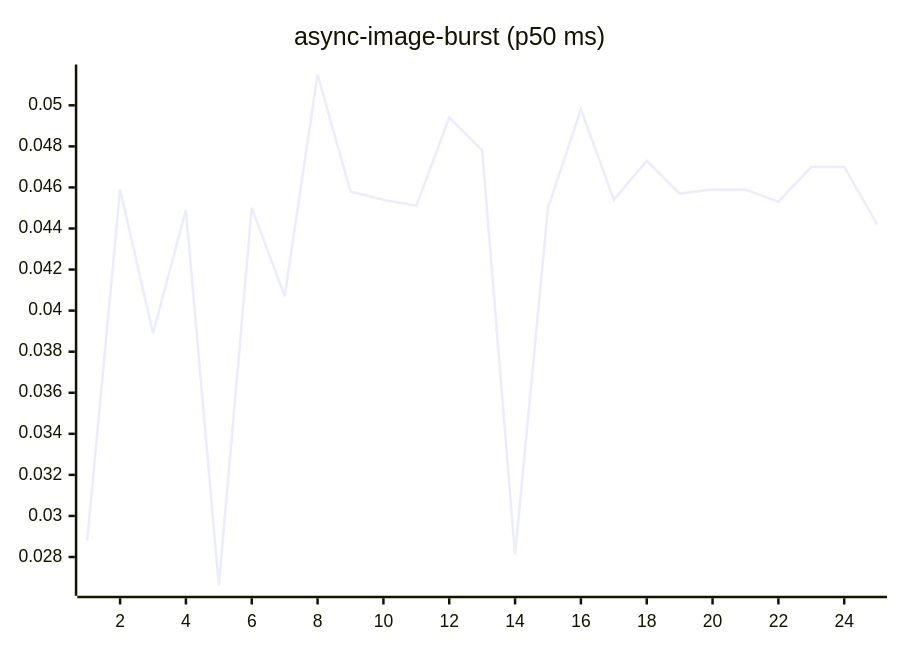
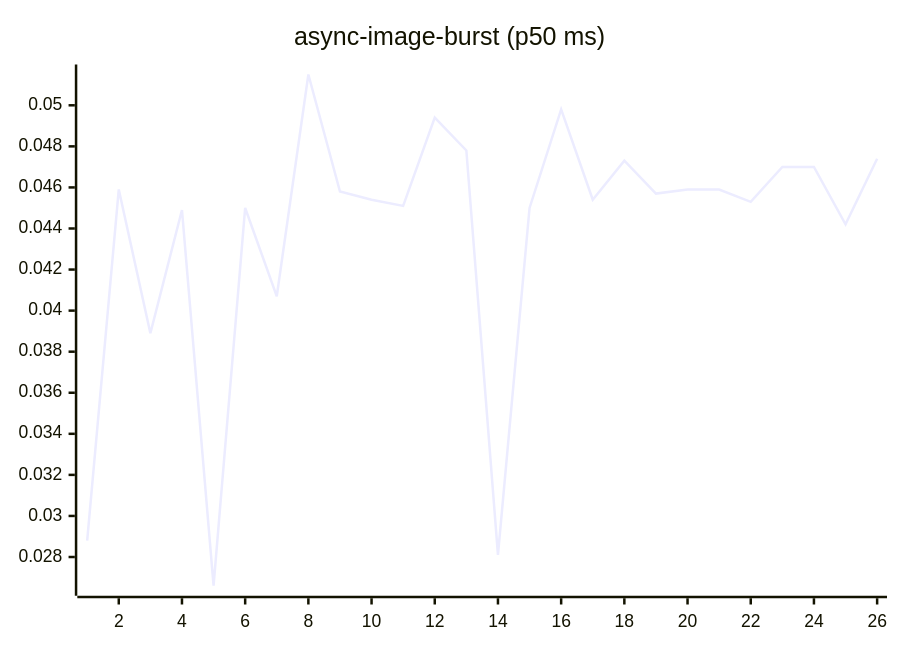
One commit to josha/Facet changed the fourth of 27 diagrams in README.md. Above: the diagram before and after it, drawn with Mermaid. The commit also changed other lines of this file and 2 other files, not shown here.

````diff
--- a/README.md
+++ b/README.md
@@ -84,6 +84,6 @@
 ```mermaid
 xychart-beta
     title "async-image-burst (p50 ms)"
-    x-axis 1 --> 25
-    line [0.0288, 0.0459, 0.0389, 0.0449, 0.0266, 0.0450, 0.0407, 0.0515, 0.0458, 0.0454, 0.0451, 0.0494, 0.0478, 0.0281, 0.0450, 0.0498, 0.0454, 0.0473, 0.0457, 0.0459, 0.0459, 0.0453, 0.0470, 0.0470, 0.0442]
+    x-axis 1 --> 26
+    line [0.0288, 0.0459, 0.0389, 0.0449, 0.0266, 0.0450, 0.0407, 0.0515, 0.0458, 0.0454, 0.0451, 0.0494, 0.0478, 0.0281, 0.0450, 0.0498, 0.0454, 0.0473, 0.0457, 0.0459, 0.0459, 0.0453, 0.0470, 0.0470, 0.0442, 0.0474]
 ```
````
